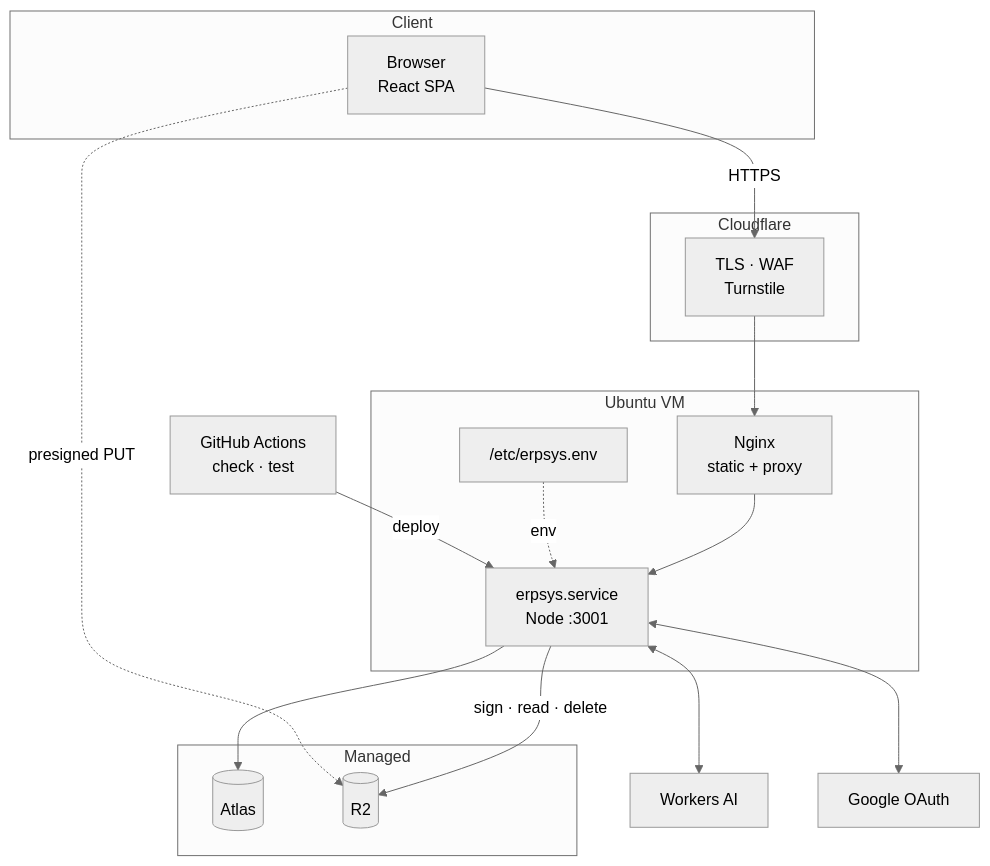
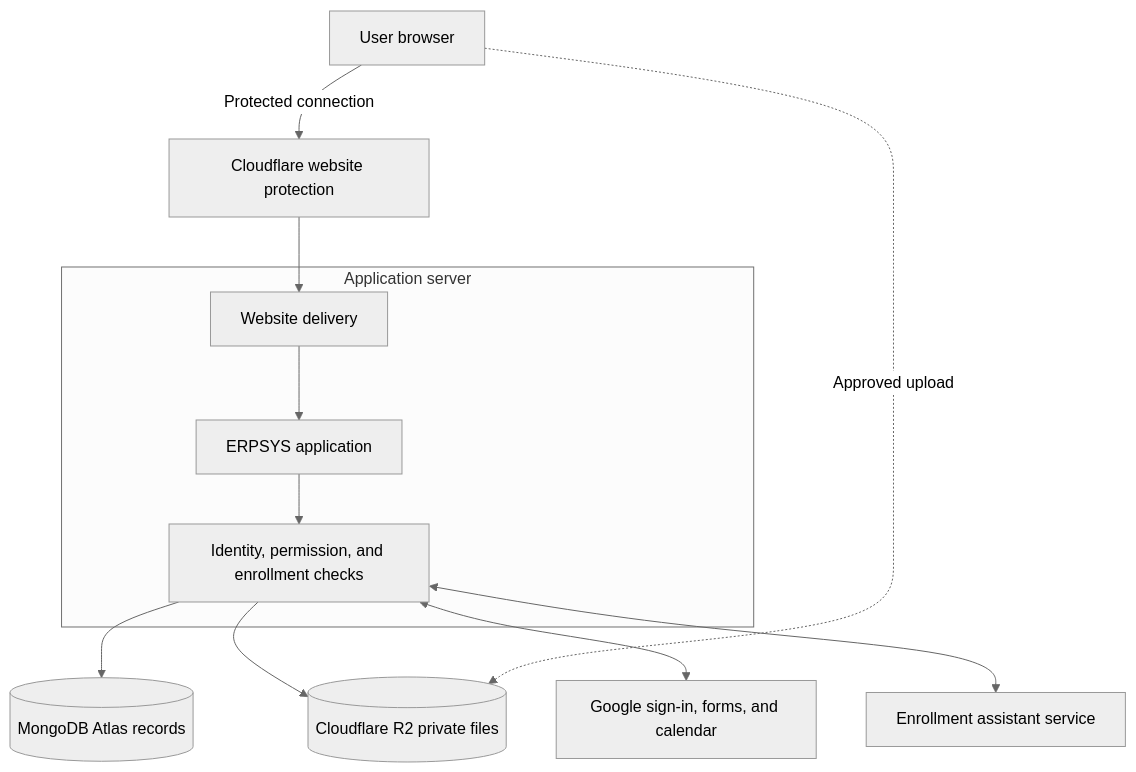
One commit to Drakaniia/erpsys changed the ninth of 9 diagrams in docs/paper/FINAL_PAPER.md. Above: the diagram before and after it, drawn with Mermaid (neutral theme). The commit also changed other lines of this file and 41 other files, not shown here.

````diff
--- a/docs/paper/FINAL_PAPER.md
+++ b/docs/paper/FINAL_PAPER.md
@@ -1014,36 +864,14 @@
 ```mermaid
 flowchart TD
-  subgraph ClientSide["Client"]
-    B["Browser<br/>React SPA"]
+  BROWSER["User browser"] -->|"Protected connection"| EDGE["Cloudflare website protection"]
+  EDGE --> WEB
+  subgraph HOST["Application server"]
+    WEB["Website delivery"] --> APP["ERPSYS application"]
+    APP --> CHECK["Identity, permission, and enrollment checks"]
   end
-
-  subgraph Edge["Cloudflare"]
-    EDGE["TLS · WAF<br/>Turnstile"]
-  end
-
-  subgraph Host["Ubuntu VM"]
-    NGX["Nginx<br/>static + proxy"]
-    APP["erpsys.service<br/>Node :3001"]
-    ENVFILE["/etc/erpsys.env"]
-  end
-
-  subgraph Managed["Managed"]
-    ATLAS[("Atlas")]
-    R2[("R2")]
-  end
-
-  AI["Workers AI"]
-  GOOGLE["Google OAuth"]
-  CI["GitHub Actions<br/>check · test"]
-
-  B -->|"HTTPS"| EDGE
-  EDGE --> NGX
-  NGX --> APP
-  APP --> ATLAS
-  APP -->|"sign · read · delete"| R2
-  B -.->|"presigned PUT"| R2
-  APP <--> AI
-  APP <--> GOOGLE
-  ENVFILE -.->|"env"| APP
-  CI -->|"deploy"| APP
+  CHECK --> DB[("MongoDB Atlas records")]
+  CHECK --> FILES[("Cloudflare R2 private files")]
+  CHECK <--> GOOGLE["Google sign-in, forms, and calendar"]
+  CHECK <--> ASSISTANT["Enrollment assistant service"]
+  BROWSER -.->|"Approved upload"| FILES
 ```
````
